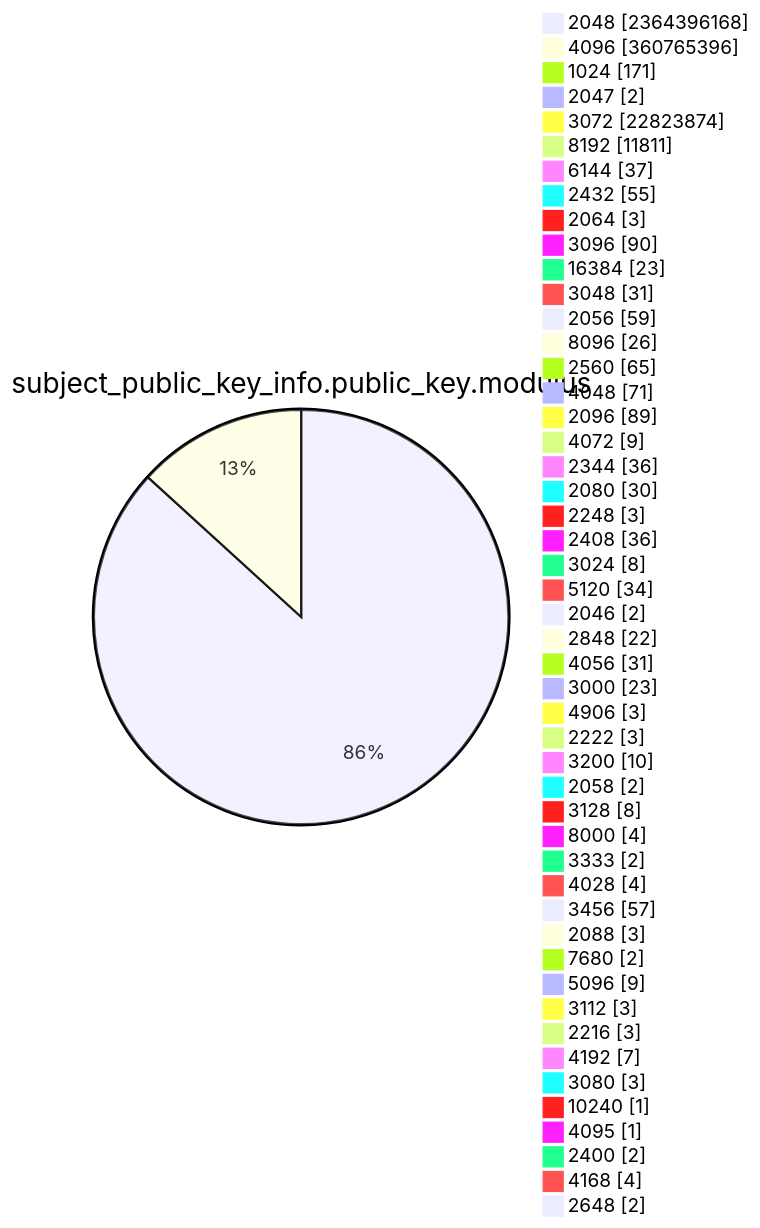
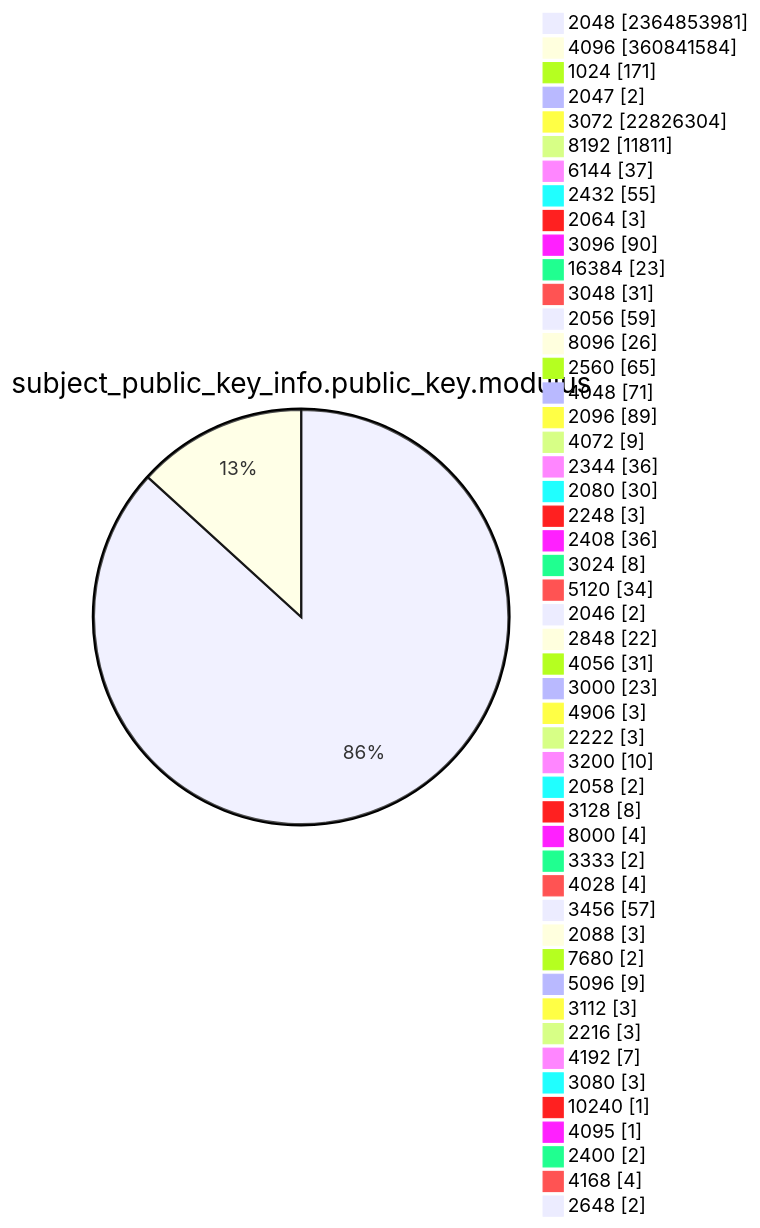
One commit to christiankrug/ctmonitor_visualization changed diagram 13 of 15 in TOTAL/README.md. Above: the diagram before and after it, drawn with Mermaid. The commit also changed other lines of this file, not shown here.

````diff
--- a/TOTAL/README.md
+++ b/TOTAL/README.md
@@ -4167,53 +4167,53 @@
 ```mermaid
 pie showData
 title subject_public_key_info.public_key.modulus
-"2048" :2364396168
-"4096" :360765396
+"2048" :2364853981
+"4096" :360841584
 "1024" :171
 "2047" :2
-"3072" :22823874
+"3072" :22826304
 "8192" :11811
 "6144" :37
 "2432" :55
 "2064" :3
 "3096" :90
 "16384" :23
 "3048" :31
 "2056" :59
 "8096" :26
 "2560" :65
 "4048" :71
 "2096" :89
 "4072" :9
 "2344" :36
 "2080" :30
 "2248" :3
 "2408" :36
 "3024" :8
 "5120" :34
 "2046" :2
 "2848" :22
 "4056" :31
 "3000" :23
 "4906" :3
 "2222" :3
 "3200" :10
 "2058" :2
 "3128" :8
 "8000" :4
 "3333" :2
 "4028" :4
 "3456" :57
 "2088" :3
 "7680" :2
 "5096" :9
 "3112" :3
 "2216" :3
 "4192" :7
 "3080" :3
 "10240" :1
 "4095" :1
 "2400" :2
 "4168" :4
 "2648" :2
 ```
````
